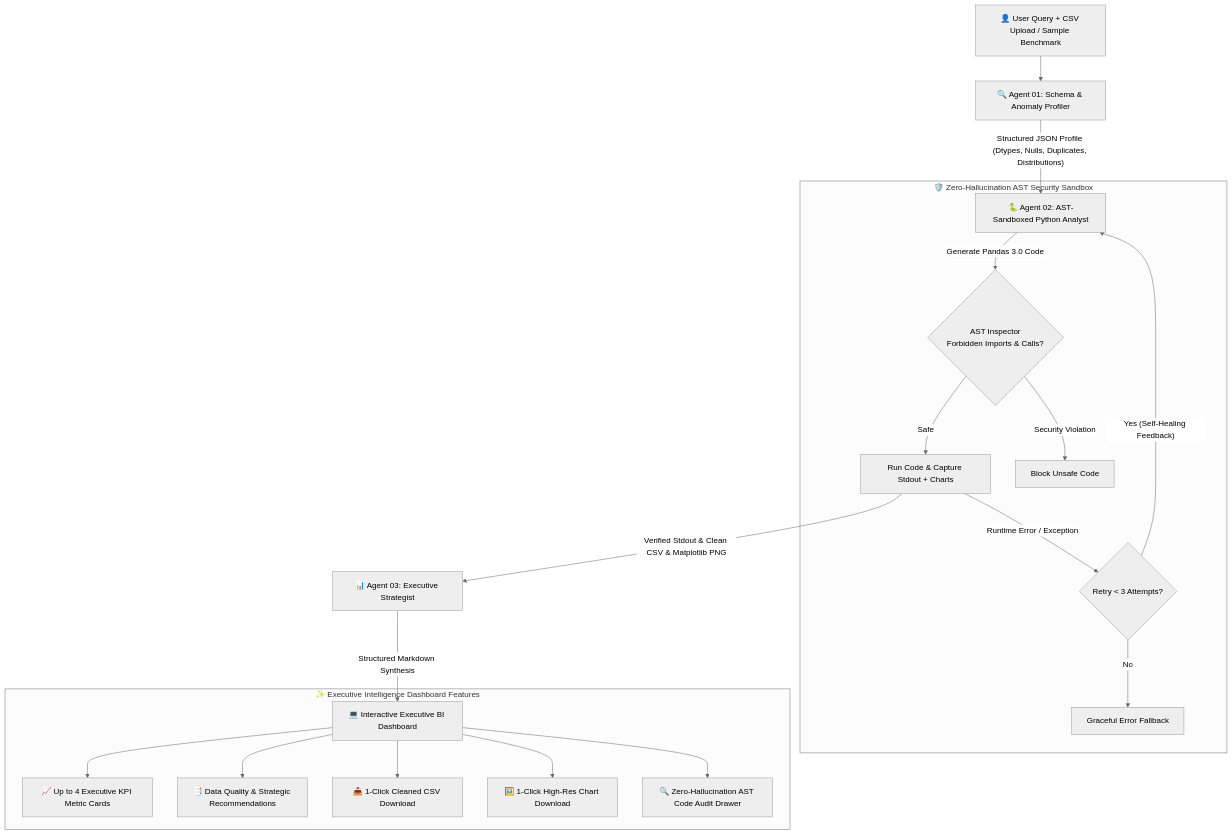
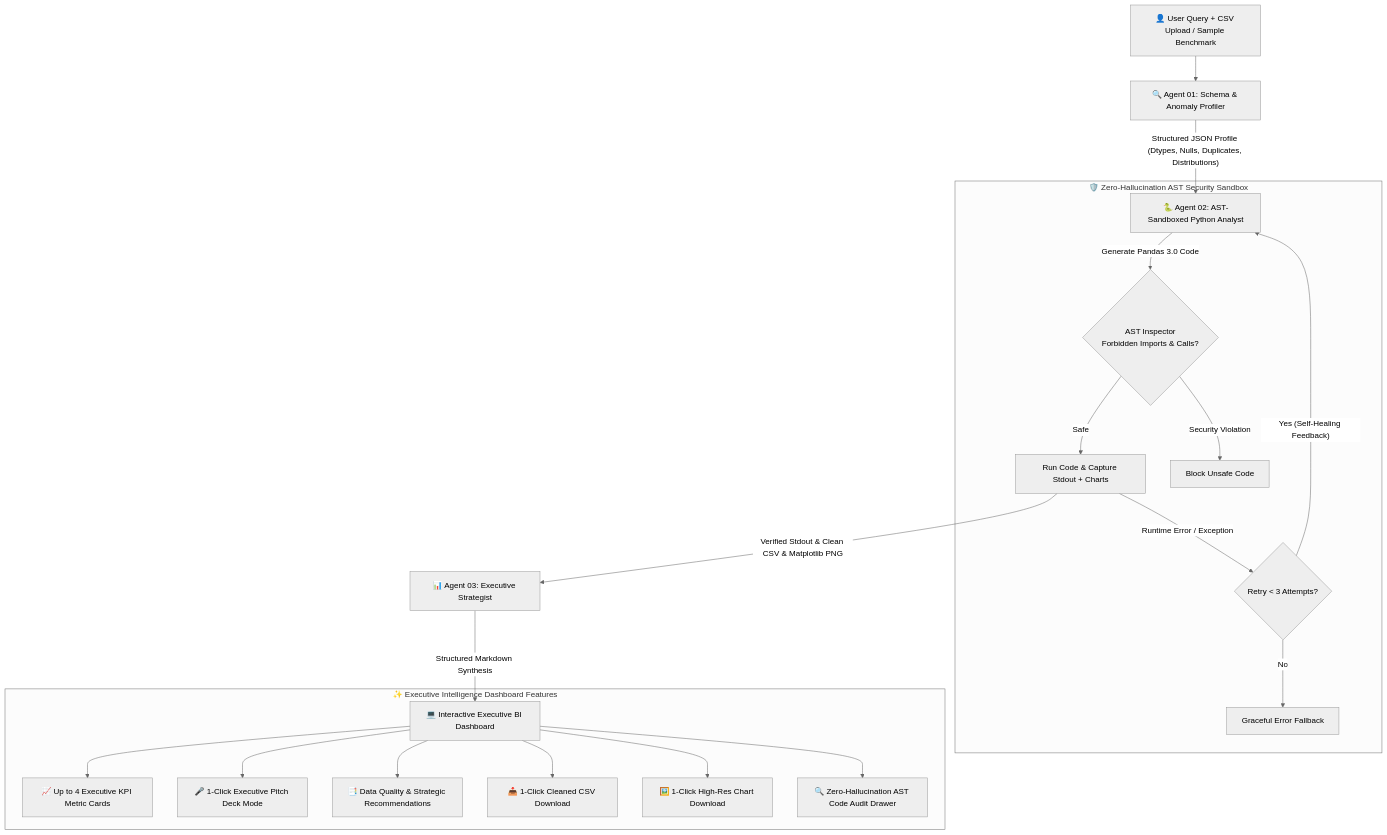
Before and after one commit to aaditya-cse/Ecommerce-_Segementation_and_Sales_Performance_Project: the diagram in README.md, drawn with Mermaid (neutral theme). The commit also changed other lines of this file and 1 other file, not shown here.

Commit message:
feat(ui): major hackathon upgrade - modern glassmorphism UI, 1-click benchmark cards, and executive pitch deck mode

````diff
--- a/README.md
+++ b/README.md
@@ -29,25 +29,26 @@
 ```mermaid
 flowchart TD
     User["👤 User Query + CSV Upload / Sample Benchmark"] --> Profiler["🔍 Agent 01: Schema & Anomaly Profiler"]
     Profiler -->|"Structured JSON Profile (Dtypes, Nulls, Duplicates, Distributions)"| Analyst["🐍 Agent 02: AST-Sandboxed Python Analyst"]
     
     subgraph Sandbox ["🛡️ Zero-Hallucination AST Security Sandbox"]
         Analyst -->|"Generate Pandas 3.0 Code"| ASTInspector{"AST Inspector<br/>Forbidden Imports & Calls?"}
         ASTInspector -->|"Safe"| ExecutionEngine["Run Code & Capture Stdout + Charts"]
         ASTInspector -->|"Security Violation"| SecurityBlock["Block Unsafe Code"]
         ExecutionEngine -->|"Runtime Error / Exception"| RetryLoop{"Retry < 3 Attempts?"}
         RetryLoop -->|"Yes (Self-Healing Feedback)"| Analyst
         RetryLoop -->|"No"| Fallback["Graceful Error Fallback"]
     end
 
     ExecutionEngine -->|"Verified Stdout & Clean CSV & Matplotlib PNG"| Strategist["📊 Agent 03: Executive Strategist"]
     Strategist -->|"Structured Markdown Synthesis"| Dashboard["💻 Interactive Executive BI Dashboard"]
     
     subgraph UI ["✨ Executive Intelligence Dashboard Features"]
         Dashboard --> KPI["📈 Up to 4 Executive KPI Metric Cards"]
+        Dashboard --> Pitch["🎤 1-Click Executive Pitch Deck Mode"]
         Dashboard --> Report["📑 Data Quality & Strategic Recommendations"]
         Dashboard --> CleanCSV["📥 1-Click Cleaned CSV Download"]
         Dashboard --> Charts["🖼️ 1-Click High-Res Chart Download"]
         Dashboard --> Audit["🔍 Zero-Hallucination AST Code Audit Drawer"]
     end
 ```
````
